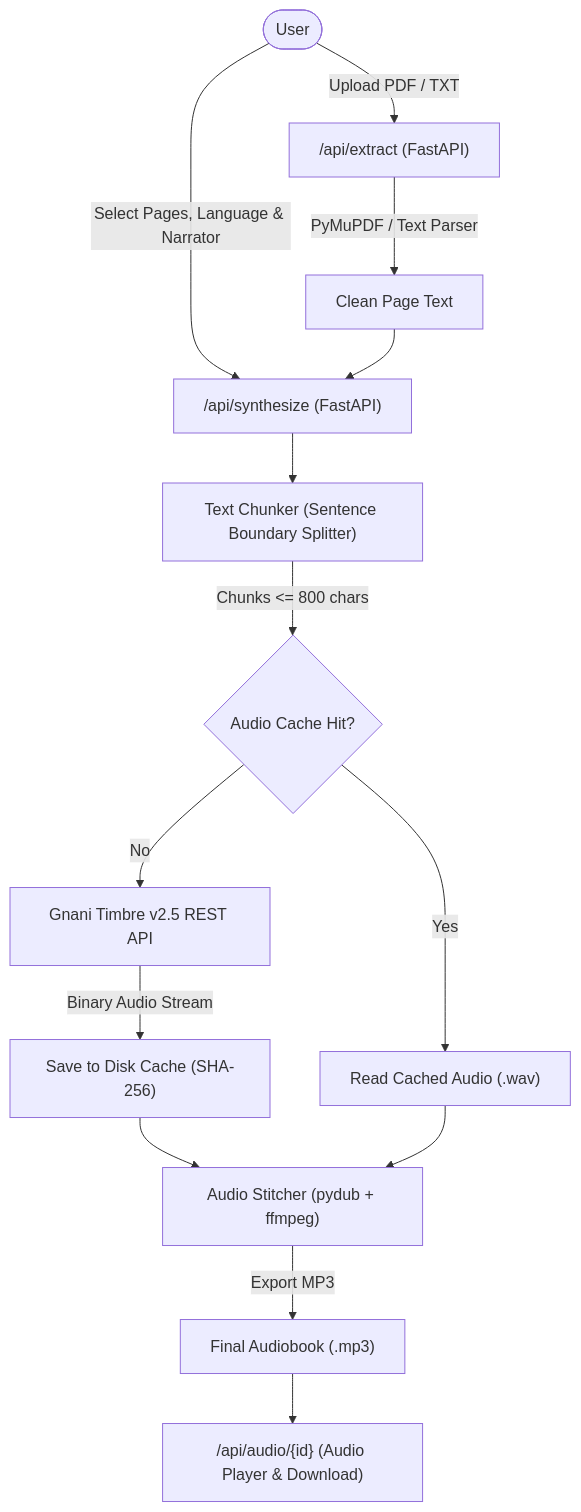
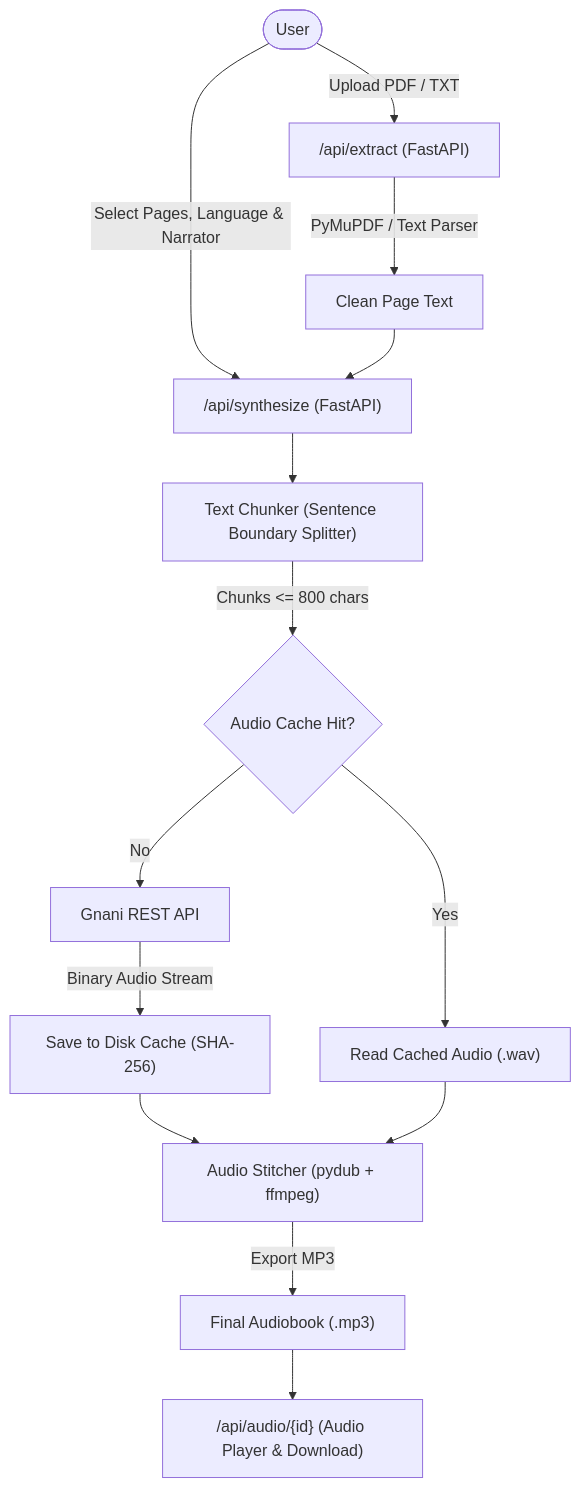
Before and after one commit to ayeshashaikz/kathavaani: the diagram in README.md, drawn with Mermaid. The commit also changed other lines of this file, not shown here.

````diff
--- a/README.md
+++ b/README.md
@@ -17,21 +17,21 @@
 ```mermaid
 flowchart TD
     User([User]) -->|Upload PDF / TXT| UploadEndpoint["/api/extract (FastAPI)"]
     UploadEndpoint -->|PyMuPDF / Text Parser| ExtractedPages["Clean Page Text"]
     
     User -->|Select Pages, Language & Narrator| SynthEndpoint["/api/synthesize (FastAPI)"]
     ExtractedPages --> SynthEndpoint
     
     SynthEndpoint --> Chunker["Text Chunker (Sentence Boundary Splitter)"]
     Chunker -->|Chunks <= 800 chars| CacheCheck{"Audio Cache Hit?"}
     
     CacheCheck -- Yes --> CachedAudio["Read Cached Audio (.wav)"]
-    CacheCheck -- No --> GnaniTTS["Gnani Timbre v2.5 REST API"]
+    CacheCheck -- No --> GnaniTTS["Gnani  REST API"]
     GnaniTTS -->|Binary Audio Stream| SaveCache["Save to Disk Cache (SHA-256)"]
     
     SaveCache --> Stitcher["Audio Stitcher (pydub + ffmpeg)"]
     CachedAudio --> Stitcher
     
     Stitcher -->|Export MP3| FinalMP3["Final Audiobook (.mp3)"]
     FinalMP3 --> AudioStream["/api/audio/{id} (Audio Player & Download)"]
 ```
````
